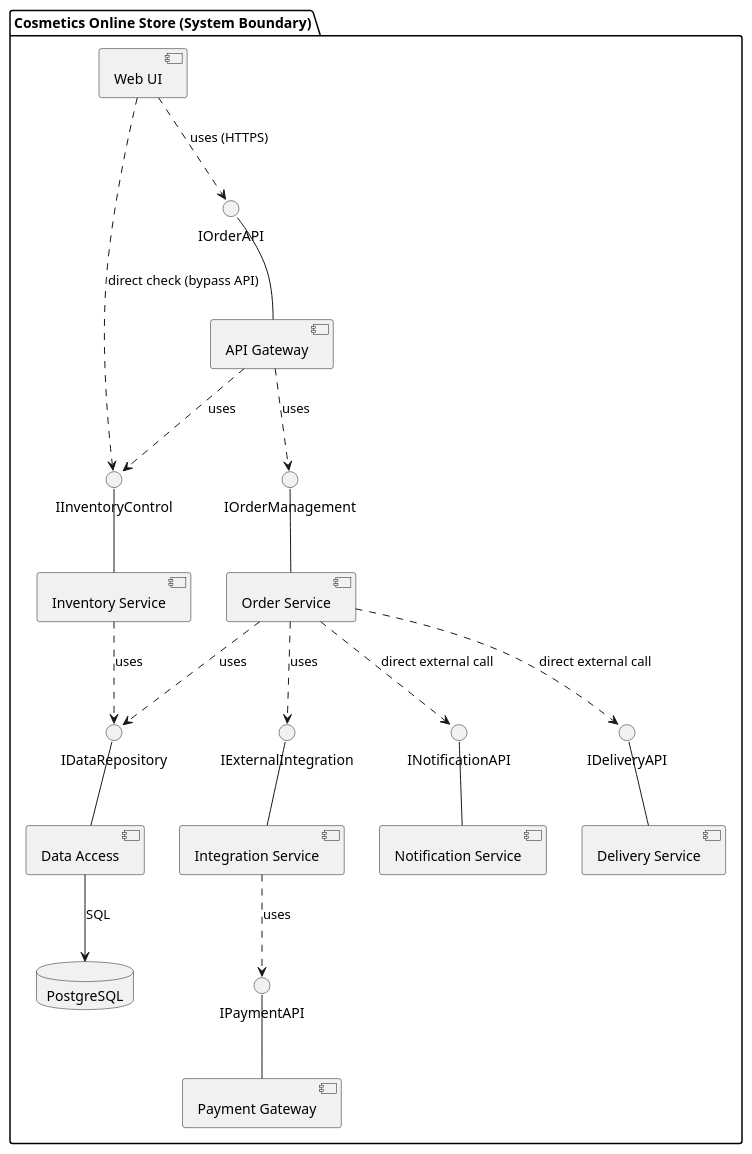
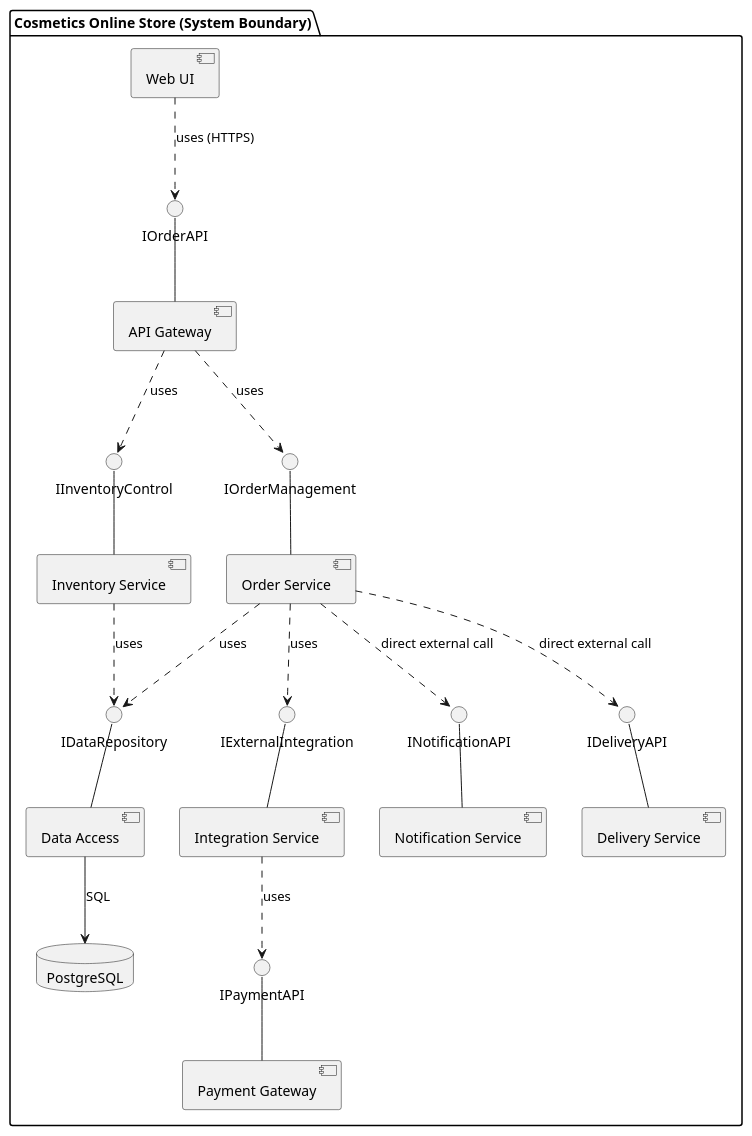
The diagram in components.puml (sofiisunn/KPI), drawn with PlantUML before and after one commit.

Commit message:
Refactor component interactions and whitespace
Removed direct check from UI to inventory interface and cleaned up whitespace.

```diff
--- a/components.puml
+++ b/components.puml
@@ -1,58 +1,57 @@
 @startuml
 top to bottom direction
 skinparam componentStyle uml2
 
 package "Cosmetics Online Store (System Boundary)" {
   
   component [Web UI] as UI
   
   component [API Gateway] as API
   interface "IOrderAPI" as i_api
   
   API -up- i_api
   UI ..> i_api : uses (HTTPS)
 
   component [Order Service] as OrderSvc
   component [Inventory Service] as InvSvc
   component [Integration Service] as IntSvc
 
   interface "IOrderManagement" as i_order
   interface "IInventoryControl" as i_inv
   interface "IExternalIntegration" as i_int
 
   OrderSvc -up- i_order
   InvSvc -up- i_inv
   IntSvc -up- i_int
 
   API ..> i_order : uses
   API ..> i_inv : uses
   OrderSvc ..> i_int : uses
-  UI ..> i_inv : direct check (bypass API)
 
   component [Data Access] as DAL
   interface "IDataRepository" as i_dal
   DAL -up- i_dal
   OrderSvc ..> i_dal : uses
   InvSvc ..> i_dal : uses
 
   database "PostgreSQL" as DB
   DAL --> DB : SQL
 
   component [Payment Gateway] as PayGw
   interface "IPaymentAPI" as i_pay
   PayGw -up- i_pay
   IntSvc ..> i_pay : uses
-
+  
   component [Delivery Service] as DelSvc
   interface "IDeliveryAPI" as i_del
   DelSvc -up- i_del
-  
+    
   component [Notification Service] as NotifSvc
   interface "INotificationAPI" as i_notif
   NotifSvc -up- i_notif
-  
+    
   OrderSvc ..> i_del : direct external call
   OrderSvc ..> i_notif : direct external call
-}
+  }
 
 @enduml
```
